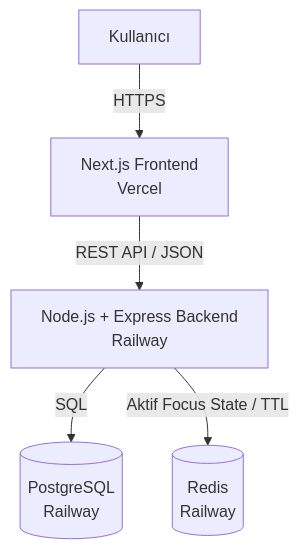
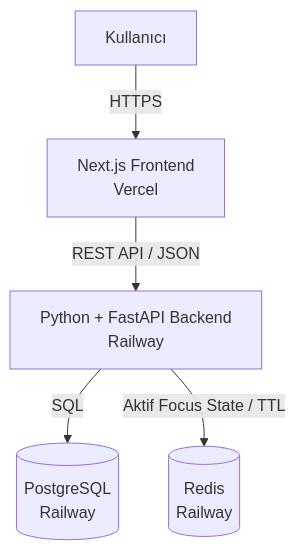
One commit to Elif-Eroglu/focustrack changed the first of 2 diagrams in README.md. Above: the diagram before and after it, drawn with Mermaid. The commit also changed other lines of this file and 3889 other files, not shown here.

Commit message:
Backend'i Python (FastAPI) ile yeniden yaz

````diff
--- a/README.md
+++ b/README.md
@@ -77,16 +78,16 @@
 ```mermaid
 flowchart TD
     U[Kullanıcı]
 
     F[Next.js Frontend<br/>Vercel]
 
-    B[Node.js + Express Backend<br/>Railway]
+    B[Python + FastAPI Backend<br/>Railway]
 
     P[(PostgreSQL<br/>Railway)]
     R[(Redis<br/>Railway)]
 
     U -->|HTTPS| F
     F -->|REST API / JSON| B
     B -->|SQL| P
     B -->|Aktif Focus State / TTL| R
 ```
````
